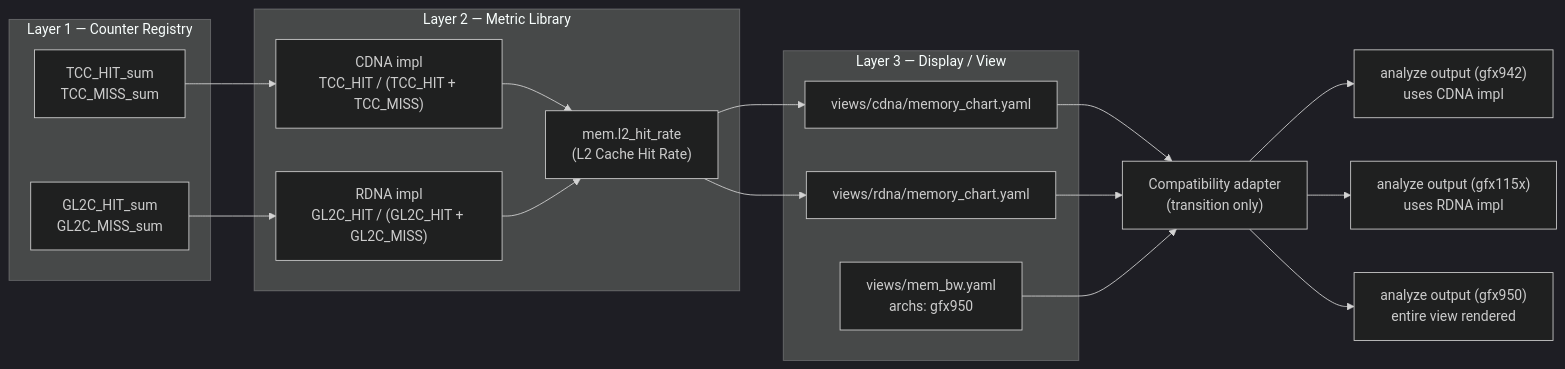
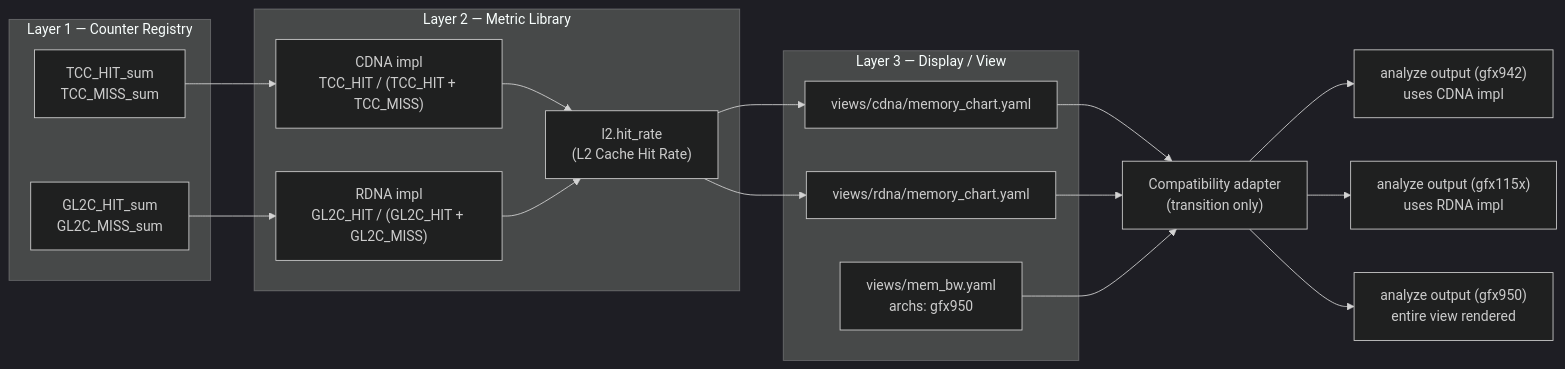
The fourth of 5 diagrams in projects/rocprofiler-compute/docs/design/analysis-config-redesign/hld-analysis-config-redesign.md (ROCm/rocm-systems), drawn with Mermaid (dark theme) before and after one commit. The commit also changed other lines of this file and 3 other files, not shown here.

````diff
--- a/projects/rocprofiler-compute/docs/design/analysis-config-redesign/hld-analysis-config-redesign.md
+++ b/projects/rocprofiler-compute/docs/design/analysis-config-redesign/hld-analysis-config-redesign.md
@@ -322,35 +316,35 @@
 ```mermaid
 flowchart LR
     subgraph L1["Layer 1 — Counter Registry"]
         TCC["TCC_HIT_sum\nTCC_MISS_sum"]
         GL2C["GL2C_HIT_sum\nGL2C_MISS_sum"]
     end
 
     subgraph L2["Layer 2 — Metric Library"]
-        metric_def["mem.l2_hit_rate\n(L2 Cache Hit Rate)"]
+        metric_def["l2.hit_rate\n(L2 Cache Hit Rate)"]
         impl_cdna["CDNA impl\nTCC_HIT / (TCC_HIT + TCC_MISS)"]
         impl_rdna["RDNA impl\nGL2C_HIT / (GL2C_HIT + GL2C_MISS)"]
     end
 
     subgraph L3["Layer 3 — Display / View"]
         cdna_view["views/cdna/memory_chart.yaml"]
         rdna_view["views/rdna/memory_chart.yaml"]
         membw_view["views/mem_bw.yaml\narchs: gfx950"]
     end
 
     TCC --> impl_cdna
     GL2C --> impl_rdna
     impl_cdna --> metric_def
     impl_rdna --> metric_def
     metric_def --> cdna_view
     metric_def --> rdna_view
 
     adapter["Compatibility adapter\n(transition only)"]
     cdna_view --> adapter
     rdna_view --> adapter
     membw_view --> adapter
 
     adapter --> out_cdna["analyze output (gfx942)\nuses CDNA impl"]
     adapter --> out_rdna["analyze output (gfx115x)\nuses RDNA impl"]
     adapter --> out_membw["analyze output (gfx950)\nentire view rendered"]
 ```
````
